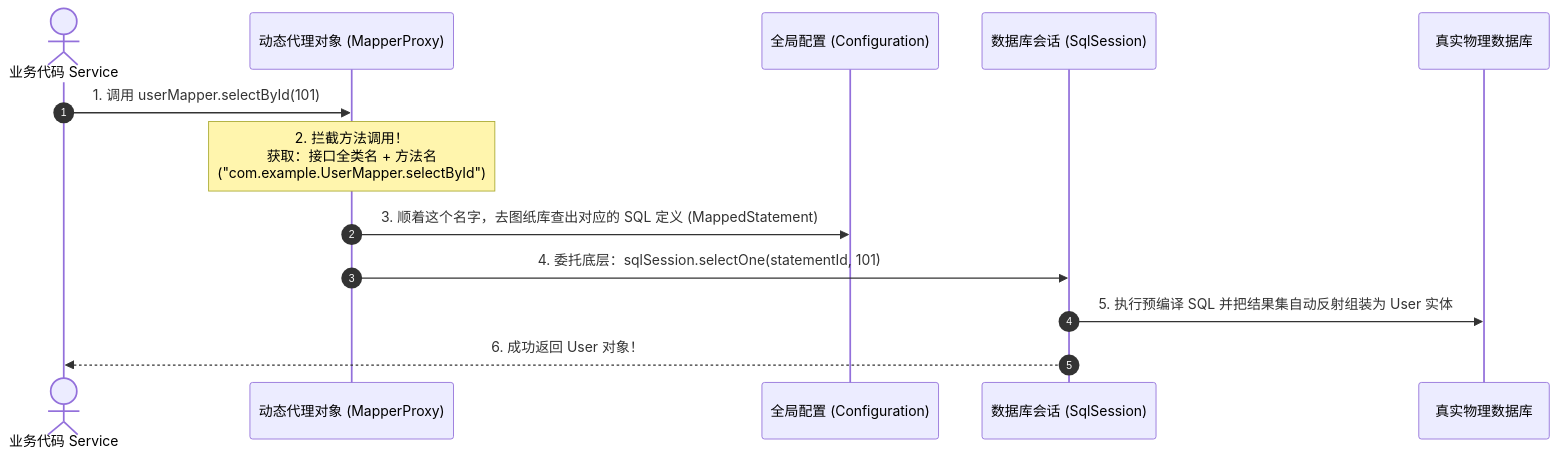
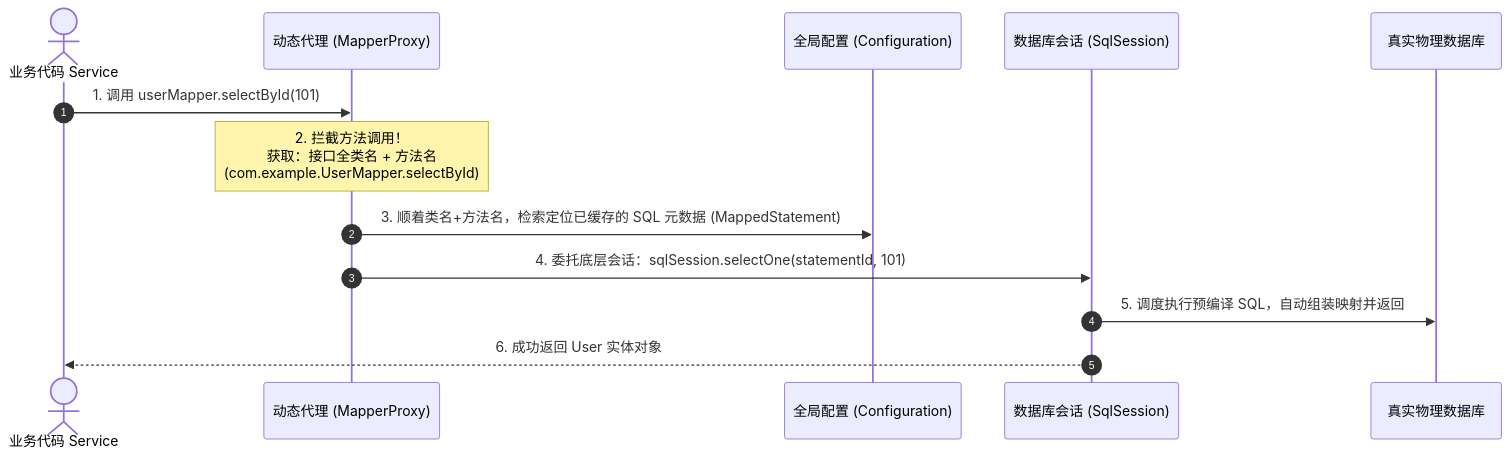
Before and after one commit to GuoWWWX/knowledge-base: the second of 7 diagrams in 20-Java后端/04-Spring生态/07-MyBatis原理.md, drawn with Mermaid. The commit also changed other lines of this file, not shown here.

````diff
--- a/20-Java后端/04-Spring生态/07-MyBatis原理.md
+++ b/20-Java后端/04-Spring生态/07-MyBatis原理.md
@@ -52,17 +52,16 @@
 ```mermaid
 sequenceDiagram
     autonumber
     actor Service as 业务代码 Service
-    participant Proxy as 动态代理对象 (MapperProxy)
+    participant Proxy as 动态代理 (MapperProxy)
     participant Config as 全局配置 (Configuration)
     participant Session as 数据库会话 (SqlSession)
     participant DB as 真实物理数据库
 
     Service->>Proxy: 1. 调用 userMapper.selectById(101)
-    Note over Proxy: 2. 拦截方法调用！<br/>获取：接口全类名 + 方法名<br/>("com.example.UserMapper.selectById")
-    
-    Proxy->>Config: 3. 顺着这个名字，去图纸库查出对应的 SQL 定义 (MappedStatement)
-    Proxy->>Session: 4. 委托底层：sqlSession.selectOne(statementId, 101)
-    Session->>DB: 5. 执行预编译 SQL 并把结果集自动反射组装为 User 实体
-    Session-->>Service: 6. 成功返回 User 对象！
+    Note over Proxy: 2. 拦截方法调用！<br/>获取：接口全类名 + 方法名<br/>(com.example.UserMapper.selectById)
+    Proxy->>Config: 3. 顺着类名+方法名，检索定位已缓存的 SQL 元数据 (MappedStatement)
+    Proxy->>Session: 4. 委托底层会话：sqlSession.selectOne(statementId, 101)
+    Session->>DB: 5. 调度执行预编译 SQL，自动组装映射并返回
+    Session-->>Service: 6. 成功返回 User 实体对象
 ```
````
